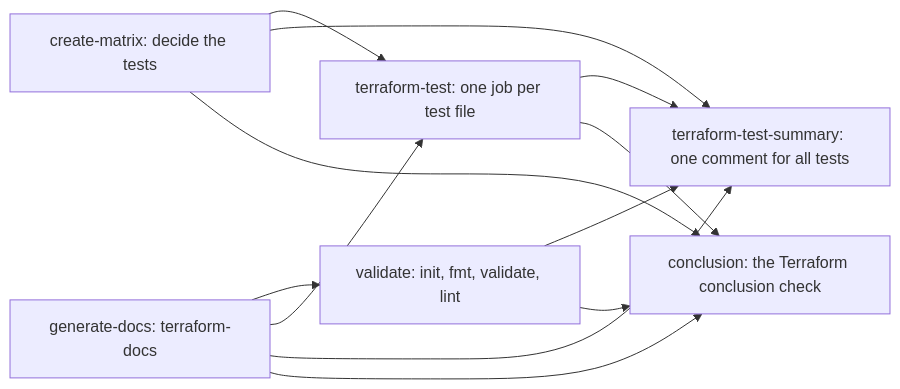
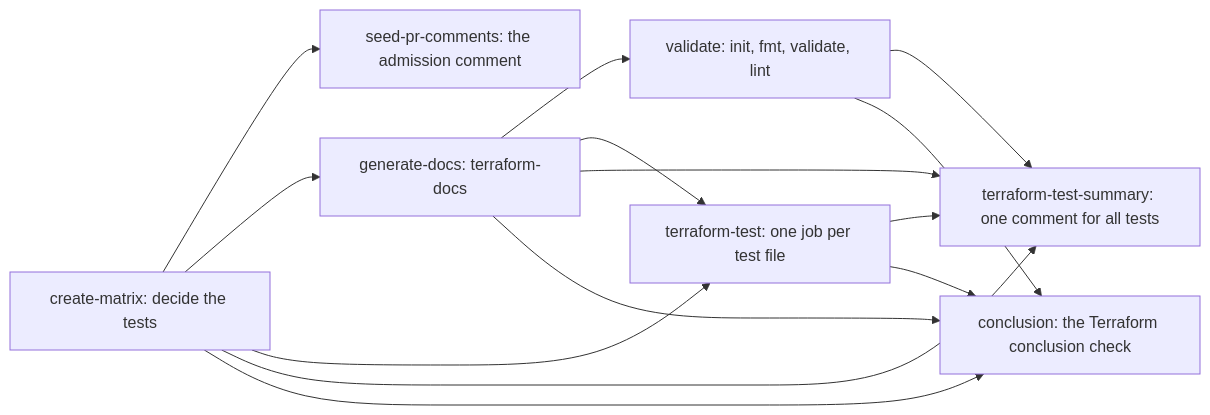
The diagram in docs/Workflow-terraform-module-ci.md (dsb-norge/github-actions-terraform), drawn with Mermaid before and after one commit. The commit also changed other lines of this file and 5 other files, not shown here.

````diff
--- a/docs/Workflow-terraform-module-ci.md
+++ b/docs/Workflow-terraform-module-ci.md
@@ -104,20 +106,23 @@
 ```mermaid
 flowchart LR
   matrix["create-matrix: decide the tests"]
+  seed["seed-pr-comments: the admission comment"]
   docs["generate-docs: terraform-docs"]
   validate["validate: init, fmt, validate, lint"]
   test["terraform-test: one job per test file"]
   summary["terraform-test-summary: one comment for all tests"]
   conclusion["conclusion: the Terraform conclusion check"]
+  matrix --> seed
+  matrix --> docs
   docs --> validate
   matrix --> test
   docs --> test
   matrix --> summary
   docs --> summary
   validate --> summary
   test --> summary
   matrix --> conclusion
   docs --> conclusion
   validate --> conclusion
   test --> conclusion
 ```
````
